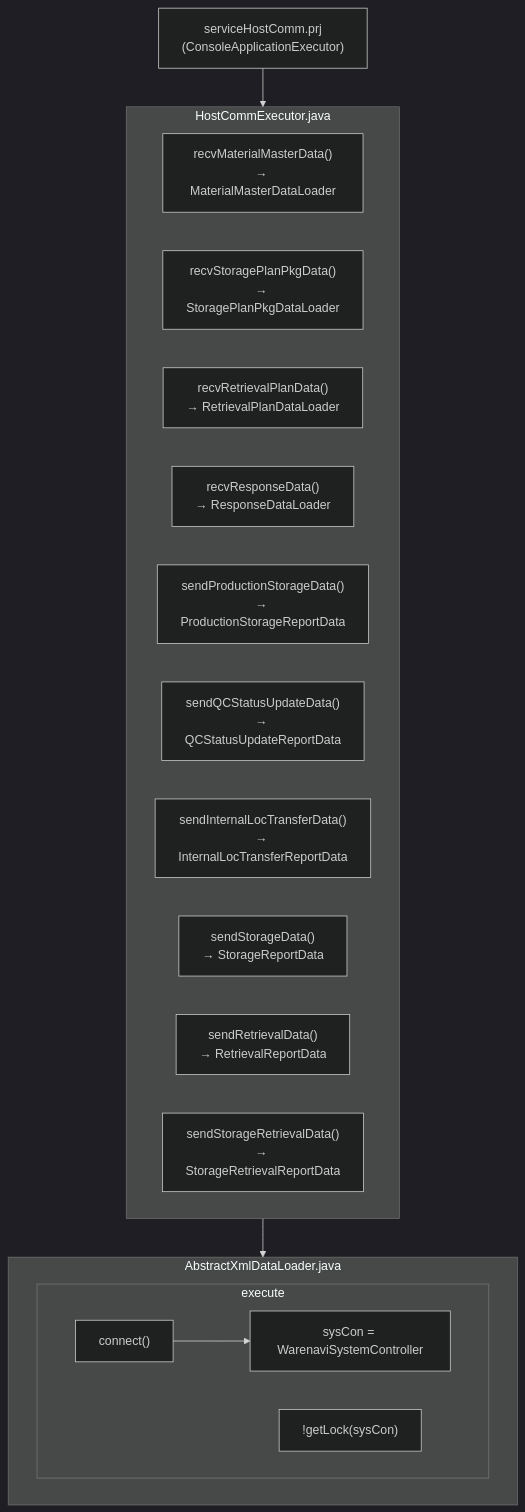
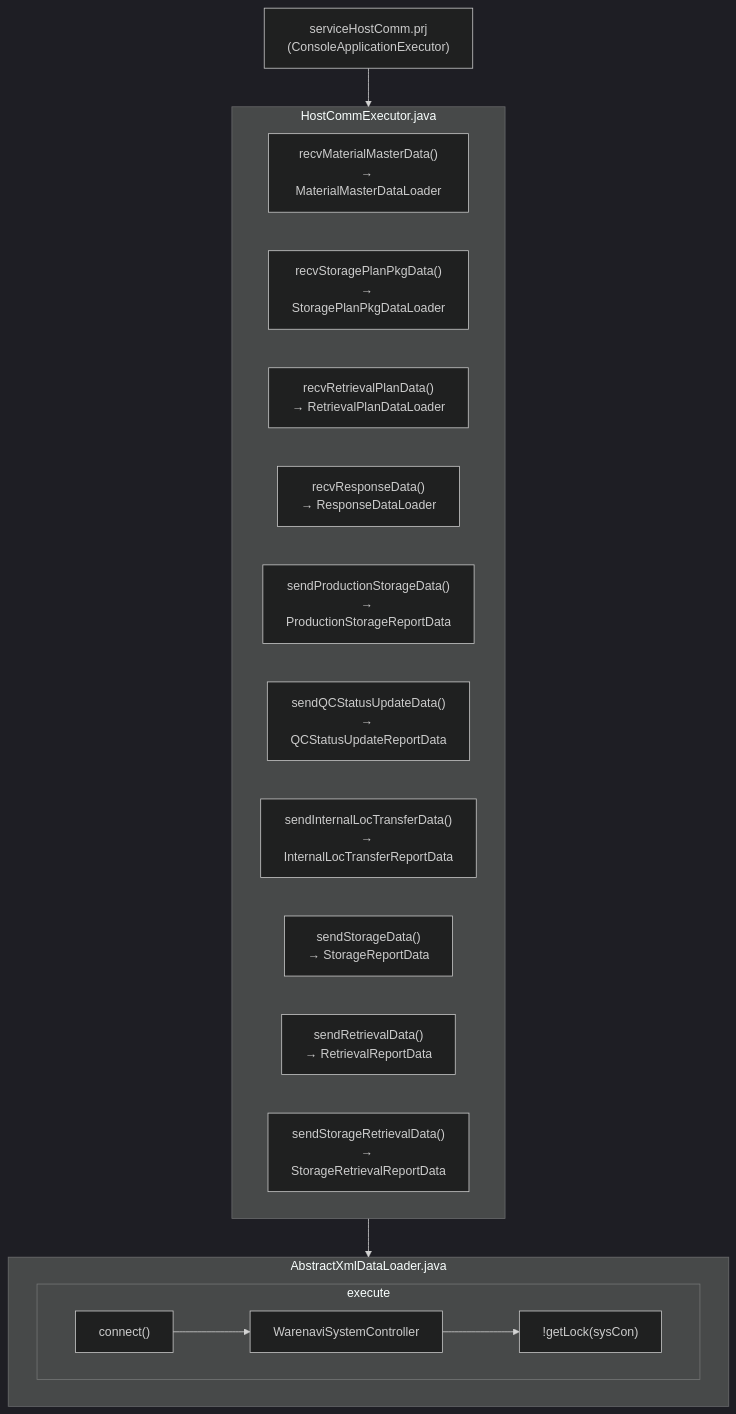
The diagram in Basic-Design/Host-Interfaces.md (luthfiadityaa/SimeDarby-Wiki), drawn with Mermaid (dark theme) before and after one commit.

Commit message:
Updated Host Interfaces

```diff
--- a/Basic-Design/Host-Interfaces.md
+++ b/Basic-Design/Host-Interfaces.md
@@ -30,33 +30,33 @@
 ::: mermaid
 flowchart TD
  C1["serviceHostComm.prj<br>(ConsoleApplicationExecutor)"]           
  C1 --> HostCommExecutor.java
  AbstractXmlDataLoader.java
  HostCommExecutor.java --> AbstractXmlDataLoader.java
 
 subgraph HostCommExecutor.java
  C2["recvMaterialMasterData()<br>→ MaterialMasterDataLoader"]
  C3["recvStoragePlanPkgData()<br>→ StoragePlanPkgDataLoader"]
  C4["recvRetrievalPlanData()<br>→ RetrievalPlanDataLoader"]
  C5["recvResponseData()<br>→ ResponseDataLoader"]
  C6["sendProductionStorageData()<br>→ ProductionStorageReportData"]
  C7["sendQCStatusUpdateData()<br>→ QCStatusUpdateReportData"]
  C8["sendInternalLocTransferData()<br>→ InternalLocTransferReportData"]
  C9["sendStorageData()<br>→ StorageReportData"]
  C10["sendRetrievalData()<br>→ RetrievalReportData"]
  C11["sendStorageRetrievalData()<br>→ StorageRetrievalReportData"]
 end
 
 subgraph AbstractXmlDataLoader.java
  execute        
 end
 
 subgraph execute
  C13["connect()"]
- C14["sysCon = WarenaviSystemController"]
+ C14["WarenaviSystemController"]
  C15["!getLock(sysCon)"]
  
- C13 --> C14        
+ C13 --> C14 --> C15      
 end
 
 :::
```
